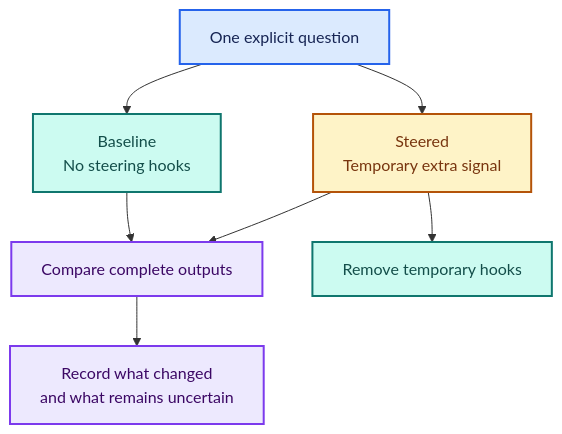
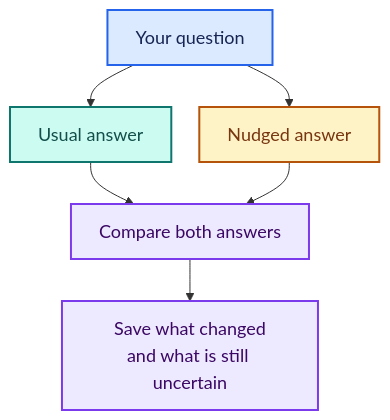
Before and after one commit to djayuffe/neuron-steer: the first of 3 diagrams in README.md, drawn with Mermaid. The commit also changed other lines of this file and 6 other files, not shown here.

Commit message:
Improve reading paths, diagram typography and ELI5 concept explanations

````diff
--- a/README.md
+++ b/README.md
@@ -28,17 +62,28 @@
 ```mermaid
+---
+config:
+  fontFamily: Arial, Helvetica, sans-serif
+  fontSize: 18
+  themeVariables:
+    fontFamily: Arial, Helvetica, sans-serif
+    fontSize: 18px
+  flowchart:
+    nodeSpacing: 28
+    rankSpacing: 42
+    padding: 14
+---
 flowchart TB
   accTitle: The same question with and without an intervention
-  accDescr: One prompt has an unhooked baseline and a steered response. Compare the outputs and remove temporary hooks.
-Q["One explicit question"]:::input --> B["Baseline<br/>No steering hooks"]:::local
-  Q --> S["Steered<br/>Temporary extra signal"]:::choice
-  B --> C["Compare complete outputs"]:::evidence
+  accDescr: The same prompt gets a usual answer and a temporarily nudged answer. Compare the answers and record what changed.
+  Q["Your question"]:::input --> B["Usual answer"]:::local
+  Q --> S["Nudged answer"]:::choice
+  B --> C["Compare both answers"]:::evidence
   S --> C
-  S --> R["Remove temporary hooks"]:::local
-  C --> J["Record what changed<br/>and what remains uncertain"]:::evidence
+  C --> J["Save what changed<br/>and what is still uncertain"]:::evidence
   classDef input fill:#DBEAFE,stroke:#2563EB,color:#172554,stroke-width:2px;
   classDef local fill:#CCFBF1,stroke:#0F766E,color:#134E4A,stroke-width:2px;
   classDef choice fill:#FEF3C7,stroke:#B45309,color:#78350F,stroke-width:2px;
   classDef evidence fill:#EDE9FE,stroke:#7C3AED,color:#3B0764,stroke-width:2px;
   classDef remote fill:#FCE7F3,stroke:#BE185D,color:#831843,stroke-width:2px;
   classDef limit fill:#FEE2E2,stroke:#DC2626,color:#7F1D1D,stroke-width:2px;
 ```
````
